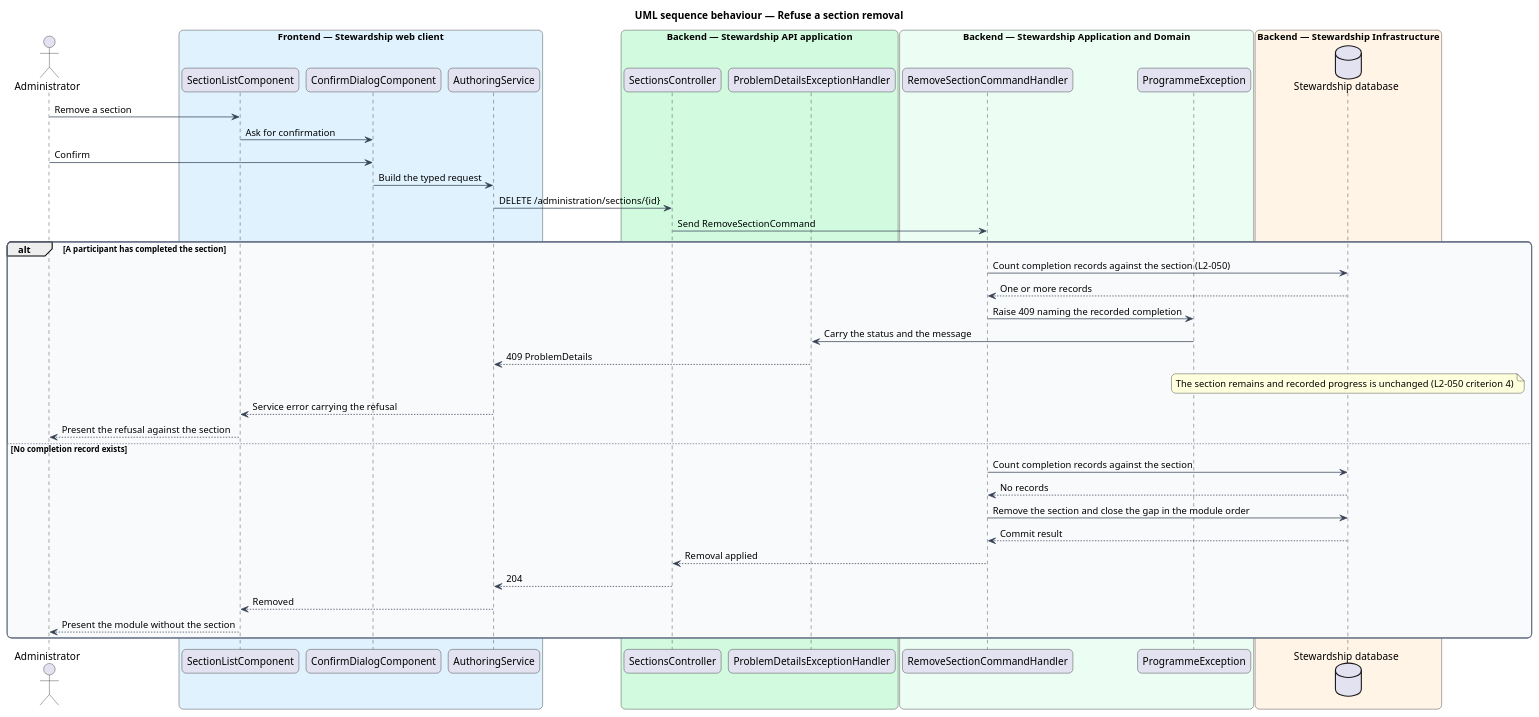
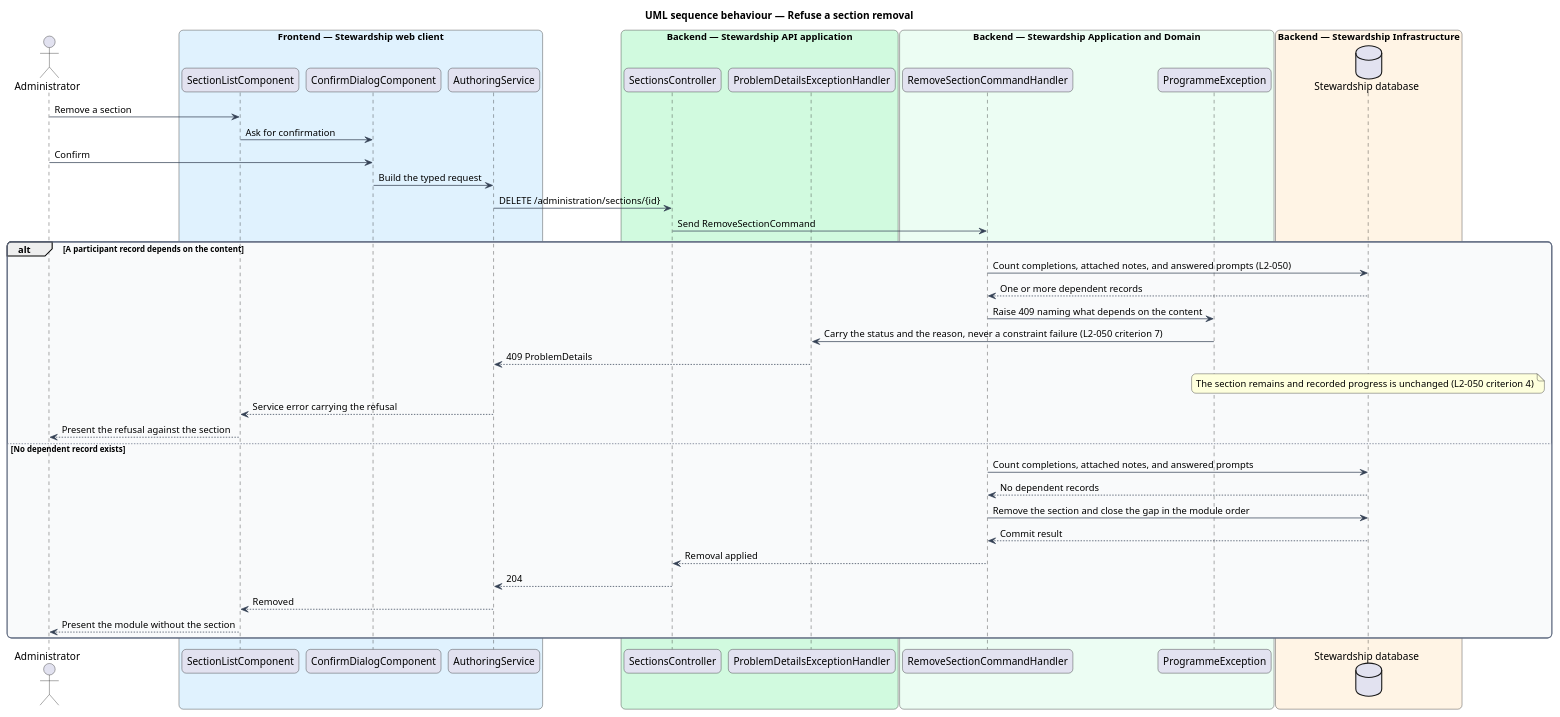
Before and after one commit to QuinntyneBrown/quinntyne-brown-stewardship: the diagram in docs/detailed-designs/administration/author-section/diagrams/sequence-refuse-removal.puml, drawn with PlantUML. The commit also changed 7 other files, not shown here.

```diff
--- a/docs/detailed-designs/administration/author-section/diagrams/sequence-refuse-removal.puml
+++ b/docs/detailed-designs/administration/author-section/diagrams/sequence-refuse-removal.puml
@@ -1,61 +1,61 @@
 @startuml
 title UML sequence behaviour — Refuse a section removal
 skinparam backgroundColor #FFFFFF
 skinparam shadowing false
 skinparam roundcorner 12
 skinparam defaultFontName Arial
 skinparam ArrowColor #344054
 skinparam rectangle {
   BorderColor #344054
   FontColor #101828
 }
 skinparam package {
   BorderColor #667085
   FontColor #101828
   BackgroundColor #F9FAFB
 }
 actor "Administrator" as actor
 box "Frontend — Stewardship web client" #E0F2FE
   participant "SectionListComponent" as list
   participant "ConfirmDialogComponent" as dialog
   participant "AuthoringService" as client
 end box
 box "Backend — Stewardship API application" #D1FADF
   participant "SectionsController" as controller
   participant "ProblemDetailsExceptionHandler" as problem
 end box
 box "Backend — Stewardship Application and Domain" #ECFDF3
   participant "RemoveSectionCommandHandler" as handler
   participant "ProgrammeException" as exception
 end box
 box "Backend — Stewardship Infrastructure" #FFF4E5
   database "Stewardship database" as db
 end box
 
 actor -> list : Remove a section
 list -> dialog : Ask for confirmation
 actor -> dialog : Confirm
 dialog -> client : Build the typed request
 client -> controller : DELETE /administration/sections/{id}
 controller -> handler : Send RemoveSectionCommand
 
-alt A participant has completed the section
-  handler -> db : Count completion records against the section (L2-050)
-  db --> handler : One or more records
-  handler -> exception : Raise 409 naming the recorded completion
-  exception -> problem : Carry the status and the message
+alt A participant record depends on the content
+  handler -> db : Count completions, attached notes, and answered prompts (L2-050)
+  db --> handler : One or more dependent records
+  handler -> exception : Raise 409 naming what depends on the content
+  exception -> problem : Carry the status and the reason, never a constraint failure (L2-050 criterion 7)
   problem --> client : 409 ProblemDetails
   note over db : The section remains and recorded progress is unchanged (L2-050 criterion 4)
   client --> list : Service error carrying the refusal
   list --> actor : Present the refusal against the section
-else No completion record exists
-  handler -> db : Count completion records against the section
-  db --> handler : No records
+else No dependent record exists
+  handler -> db : Count completions, attached notes, and answered prompts
+  db --> handler : No dependent records
   handler -> db : Remove the section and close the gap in the module order
   db --> handler : Commit result
   handler --> controller : Removal applied
   controller --> client : 204
   client --> list : Removed
   list --> actor : Present the module without the section
 end
 @enduml
```
